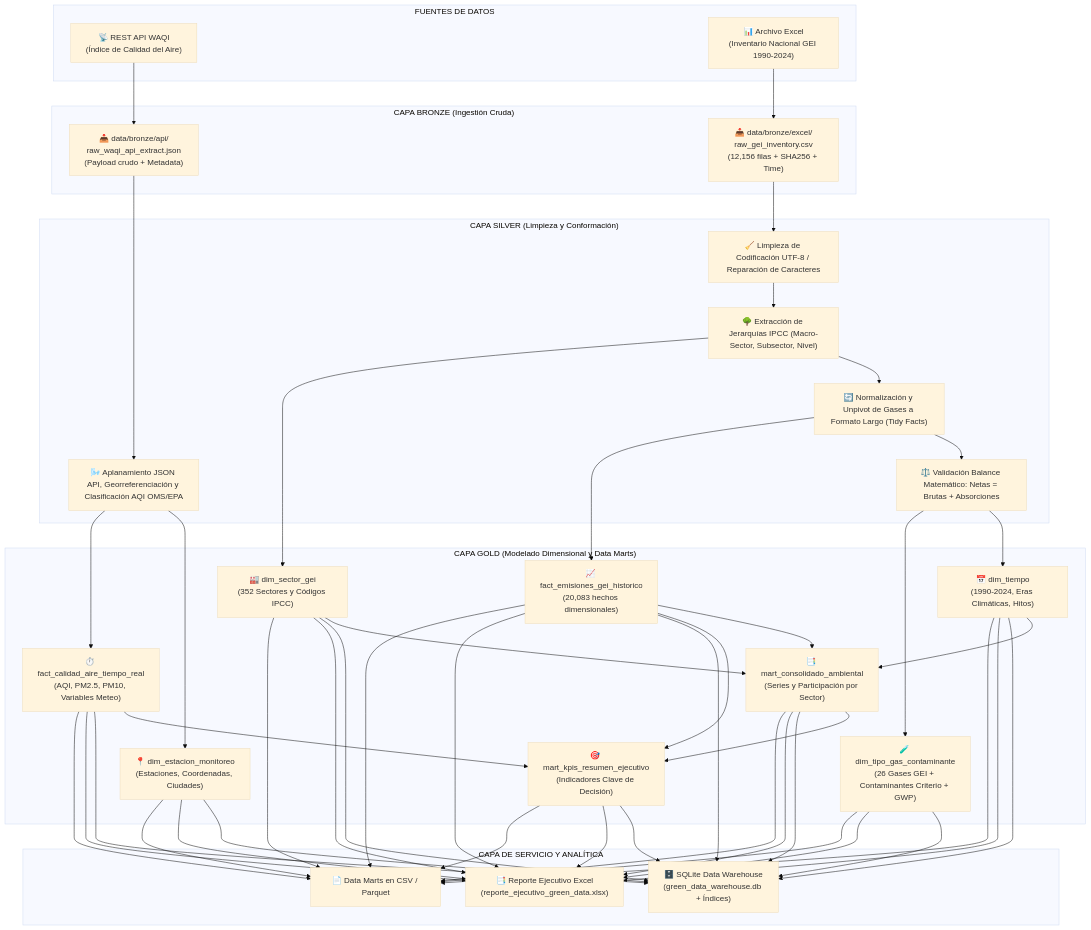
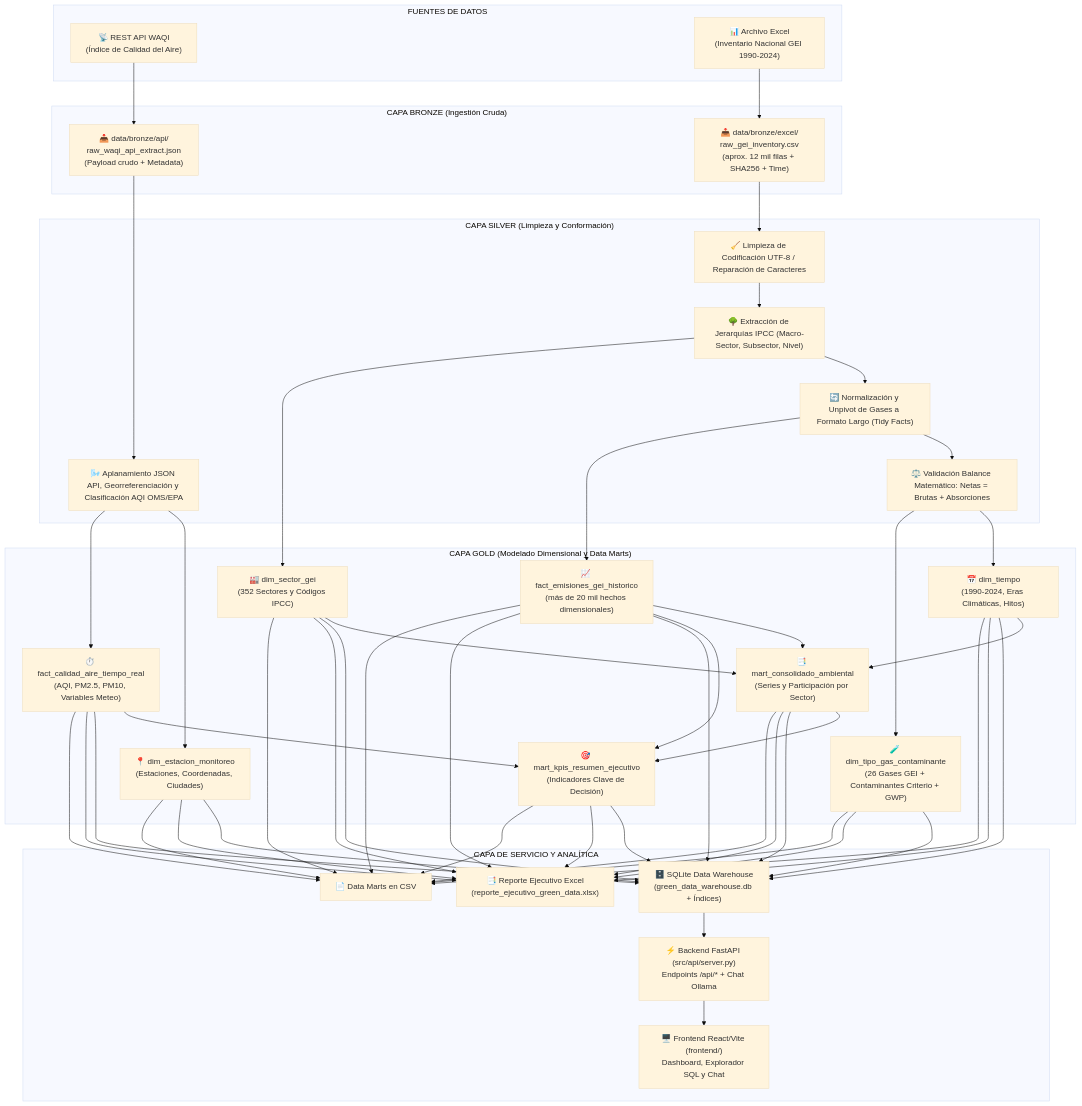
One commit to miguelherrerasantanilla800-wq/Parcial-ETL-Green-Data changed the first of 3 diagrams in README.md. Above: the diagram before and after it, drawn with Mermaid (base theme). The commit also changed other lines of this file, not shown here.

````diff
--- a/README.md
+++ b/README.md
@@ -35,57 +37,60 @@
 ```mermaid
 flowchart TD
     subgraph SOURCELAYER [" FUENTES DE DATOS "]
         SRC_API["📡 REST API WAQI<br/>(Índice de Calidad del Aire)"]
         SRC_XLS["📊 Archivo Excel<br/>(Inventario Nacional GEI 1990-2024)"]
     end
 
     subgraph BRONZELAYER [" CAPA BRONZE (Ingestión Cruda) "]
         BRZ_API["📥 data/bronze/api/<br/>raw_waqi_api_extract.json<br/>(Payload crudo + Metadata)"]
-        BRZ_XLS["📥 data/bronze/excel/<br/>raw_gei_inventory.csv<br/>(12,156 filas + SHA256 + Time)"]
+        BRZ_XLS["📥 data/bronze/excel/<br/>raw_gei_inventory.csv<br/>(aprox. 12 mil filas + SHA256 + Time)"]
     end
 
     subgraph SILVERLAYER [" CAPA SILVER (Limpieza y Conformación) "]
         SLV_CLEAN["🧹 Limpieza de Codificación UTF-8 / Reparación de Caracteres"]
         SLV_PARSE["🌳 Extracción de Jerarquías IPCC (Macro-Sector, Subsector, Nivel)"]
         SLV_NORM["🔄 Normalización y Unpivot de Gases a Formato Largo (Tidy Facts)"]
         SLV_VAL["⚖️ Validación Balance Matemático: Netas = Brutas + Absorciones"]
         SLV_AIR["🌬️ Aplanamiento JSON API, Georreferenciación y Clasificación AQI OMS/EPA"]
     end
 
     subgraph GOLDLAYER [" CAPA GOLD (Modelado Dimensional y Data Marts) "]
         DIM_T["📅 dim_tiempo<br/>(1990-2024, Eras Climáticas, Hitos)"]
         DIM_S["🏭 dim_sector_gei<br/>(352 Sectores y Códigos IPCC)"]
         DIM_G["🧪 dim_tipo_gas_contaminante<br/>(26 Gases GEI + Contaminantes Criterio + GWP)"]
         DIM_E["📍 dim_estacion_monitoreo<br/>(Estaciones, Coordenadas, Ciudades)"]
-        FACT_G["📈 fact_emisiones_gei_historico<br/>(20,083 hechos dimensionales)"]
+        FACT_G["📈 fact_emisiones_gei_historico<br/>(más de 20 mil hechos dimensionales)"]
         FACT_A["⏱️ fact_calidad_aire_tiempo_real<br/>(AQI, PM2.5, PM10, Variables Meteo)"]
         MART_C["📑 mart_consolidado_ambiental<br/>(Series y Participación por Sector)"]
         MART_K["🎯 mart_kpis_resumen_ejecutivo<br/>(Indicadores Clave de Decisión)"]
     end
 
     subgraph SERVINGLAYER [" CAPA DE SERVICIO Y ANALÍTICA "]
         DB_SQL["🗄️ SQLite Data Warehouse<br/>(green_data_warehouse.db + Índices)"]
         XLS_REP["📑 Reporte Ejecutivo Excel<br/>(reporte_ejecutivo_green_data.xlsx)"]
-        CSV_PUB["📄 Data Marts en CSV / Parquet"]
+        CSV_PUB["📄 Data Marts en CSV"]
+        API_SRV["⚡ Backend FastAPI (src/api/server.py)<br/>Endpoints /api/* + Chat Ollama"]
+        FE_REA["🖥️ Frontend React/Vite (frontend/)<br/>Dashboard, Explorador SQL y Chat"]
     end
 
     SRC_API --> BRZ_API
     SRC_XLS --> BRZ_XLS
 
     BRZ_API --> SLV_AIR
     BRZ_XLS --> SLV_CLEAN --> SLV_PARSE --> SLV_NORM --> SLV_VAL
 
     SLV_PARSE --> DIM_S
     SLV_NORM --> FACT_G
     SLV_VAL --> DIM_T
     SLV_VAL --> DIM_G
     SLV_AIR --> DIM_E
     SLV_AIR --> FACT_A
 
     FACT_G & DIM_S & DIM_T --> MART_C
     FACT_G & FACT_A & MART_C --> MART_K
 
     DIM_T & DIM_S & DIM_G & DIM_E & FACT_G & FACT_A & MART_C & MART_K --> DB_SQL
     DIM_T & DIM_S & DIM_G & DIM_E & FACT_G & FACT_A & MART_C & MART_K --> XLS_REP
     DIM_T & DIM_S & DIM_G & DIM_E & FACT_G & FACT_A & MART_C & MART_K --> CSV_PUB
+    DB_SQL --> API_SRV --> FE_REA
 ```
````
